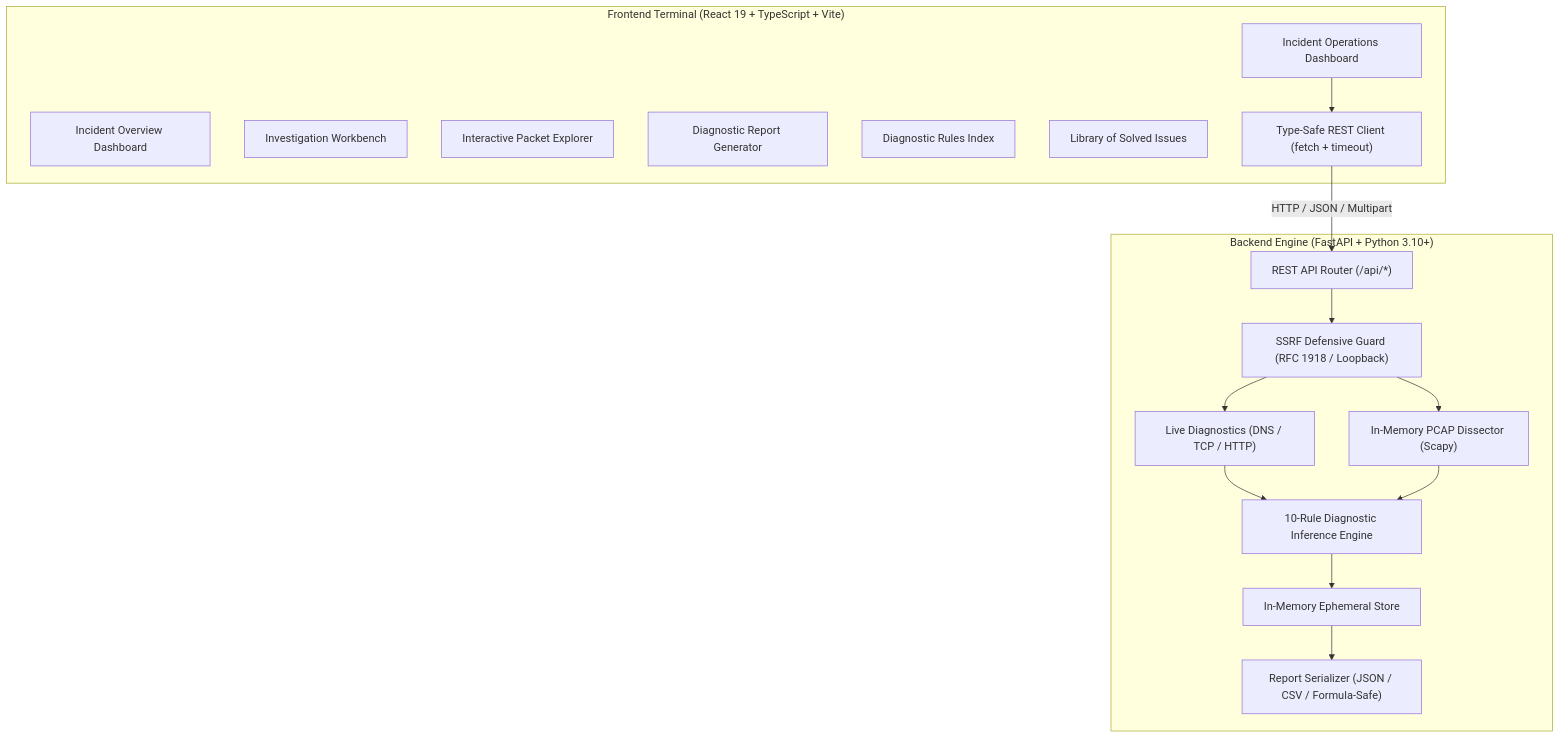
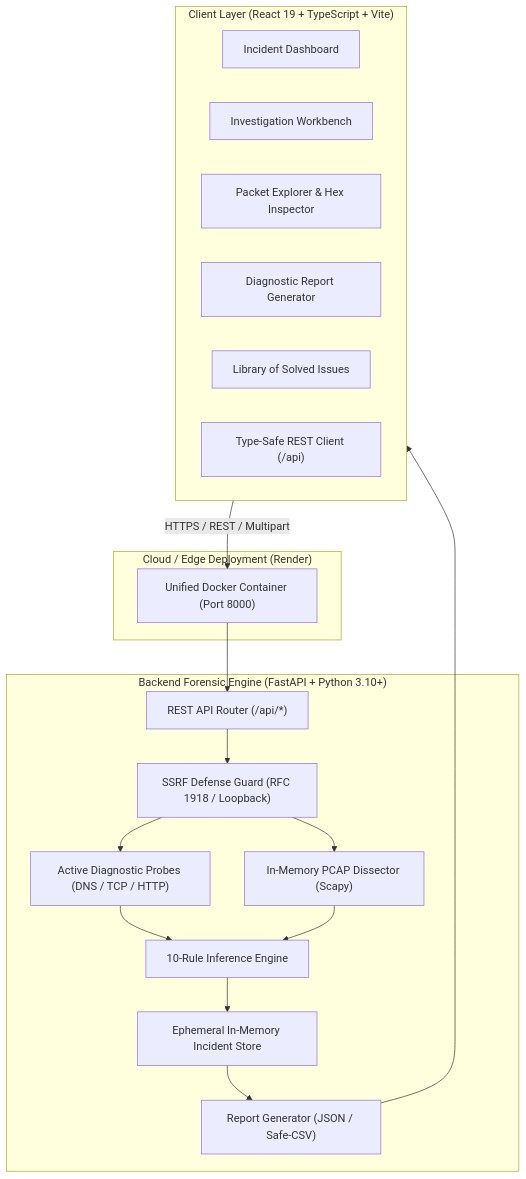
The diagram in README.md (k1krrish/linkguard), drawn with Mermaid before and after one commit. The commit also changed other lines of this file and 2 other files, not shown here.

Commit message:
docs: add Render production deployment URL and enhance README with professional specifications, architecture diagrams, and live links

````diff
--- a/README.md
+++ b/README.md
@@ -28,33 +113,36 @@
 ```mermaid
 flowchart TD
-    subgraph Frontend ["Frontend Terminal (React 19 + TypeScript + Vite)"]
-        UI["Incident Operations Dashboard"]
-        OV["Incident Overview Dashboard"]
+    subgraph Client ["Client Layer (React 19 + TypeScript + Vite)"]
+        UI["Incident Dashboard"]
         INV["Investigation Workbench"]
-        PKT["Interactive Packet Explorer"]
+        PKT["Packet Explorer & Hex Inspector"]
         REP["Diagnostic Report Generator"]
-        RUL["Diagnostic Rules Index"]
-        SL["Library of Solved Issues"]
-        API_CLIENT["Type-Safe REST Client (fetch + timeout)"]
+        SOL["Library of Solved Issues"]
+        API_CLIENT["Type-Safe REST Client (/api)"]
     end
 
-    subgraph Backend ["Backend Engine (FastAPI + Python 3.10+)"]
-        ROUTER["REST API Router (/api/*)"]
-        SSRF["SSRF Defensive Guard (RFC 1918 / Loopback)"]
-        DIAG["Live Diagnostics (DNS / TCP / HTTP)"]
-        PCAP_DISSECT["In-Memory PCAP Dissector (Scapy)"]
-        RULE_ENG["10-Rule Diagnostic Inference Engine"]
-        MEM_STORE["In-Memory Ephemeral Store"]
-        REP_GEN["Report Serializer (JSON / CSV / Formula-Safe)"]
+    subgraph Edge ["Cloud / Edge Deployment (Render)"]
+        PROXY["Unified Docker Container (Port 8000)"]
     end
 
-    UI --> API_CLIENT
-    API_CLIENT -->|HTTP / JSON / Multipart| ROUTER
+    subgraph Engine ["Backend Forensic Engine (FastAPI + Python 3.10+)"]
+        ROUTER["REST API Router (/api/*)"]
+        SSRF["SSRF Defense Guard (RFC 1918 / Loopback)"]
+        DIAG["Active Diagnostic Probes (DNS / TCP / HTTP)"]
+        DISSECT["In-Memory PCAP Dissector (Scapy)"]
+        RULES["10-Rule Inference Engine"]
+        MEM["Ephemeral In-Memory Incident Store"]
+        EXPORTER["Report Generator (JSON / Safe-CSV)"]
+    end
+
+    Client -->|HTTPS / REST / Multipart| PROXY
+    PROXY --> ROUTER
     ROUTER --> SSRF
     SSRF --> DIAG
-    SSRF --> PCAP_DISSECT
-    DIAG --> RULE_ENG
-    PCAP_DISSECT --> RULE_ENG
-    RULE_ENG --> MEM_STORE
-    MEM_STORE --> REP_GEN
+    SSRF --> DISSECT
+    DIAG --> RULES
+    DISSECT --> RULES
+    RULES --> MEM
+    MEM --> EXPORTER
+    EXPORTER --> Client
 ```
````
